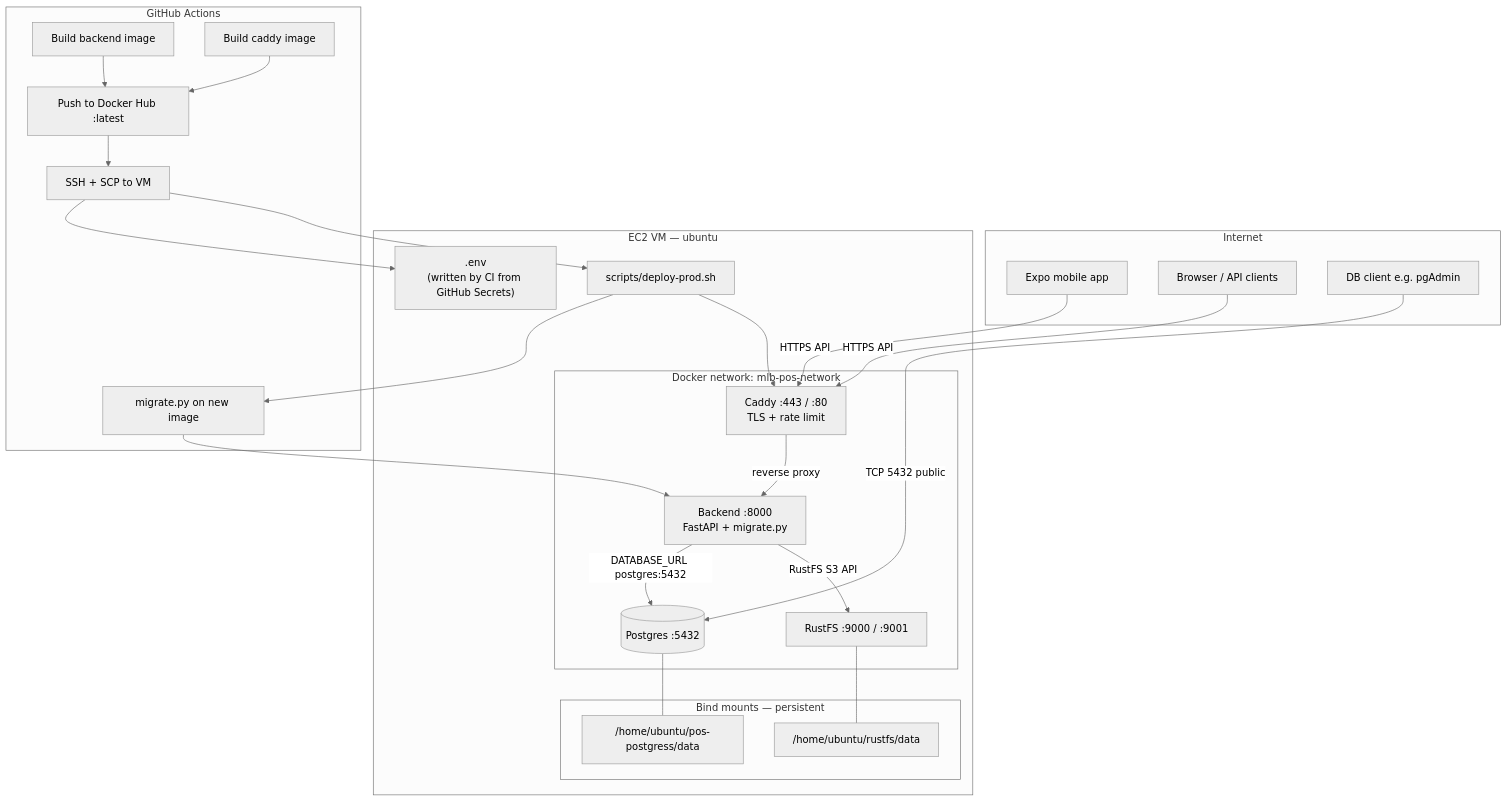
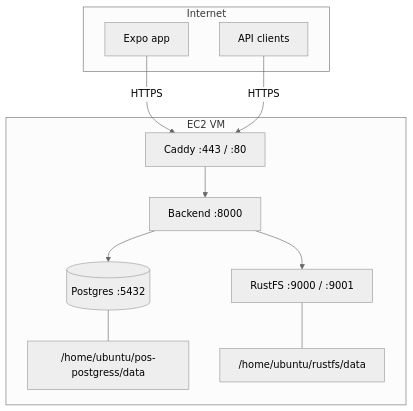
One commit to durozen-technologies/Duro_POS changed the second of 2 diagrams in README.md. Above: the diagram before and after it, drawn with Mermaid (neutral theme). The commit also changed other lines of this file and 85 other files, not shown here.

First line of the commit message:
Harden schema-per-tenant provisioning, global usernames, and super-admin UX.

````diff
--- a/README.md
+++ b/README.md
@@ -175,52 +191,24 @@
 ```mermaid
 flowchart TB
   subgraph internet [Internet]
-    Mobile[Expo mobile app]
-    Admin[Browser / API clients]
-    DBA[DB client e.g. pgAdmin]
+    Mobile[Expo app]
+    Clients[API clients]
   end
 
-  subgraph ec2 [EC2 VM — ubuntu]
-    subgraph network [Docker network: mlb-pos-network]
-      Caddy[Caddy :443 / :80\nTLS + rate limit]
-      Backend[Backend :8000\nFastAPI + migrate.py]
-      Postgres[(Postgres :5432)]
-      RustFS[RustFS :9000 / :9001]
-    end
-
-    subgraph host_mounts [Bind mounts — persistent]
-      PGData["/home/ubuntu/pos-postgress/data"]
-      RFData["/home/ubuntu/rustfs/data"]
-    end
-
-    EnvFile[".env\n(written by CI from GitHub Secrets)"]
-    DeployScript["scripts/deploy-prod.sh"]
+  subgraph ec2 [EC2 VM]
+    Caddy[Caddy :443 / :80]
+    Backend[Backend :8000]
+    Postgres[(Postgres :5432)]
+    RustFS[RustFS :9000 / :9001]
+    PGData["/home/ubuntu/pos-postgress/data"]
+    RFData["/home/ubuntu/rustfs/data"]
   end
 
-  subgraph cicd [GitHub Actions]
-    BuildBE[Build backend image]
-    BuildCaddy[Build caddy image]
-    Push[Push to Docker Hub :latest]
-    SSHDeploy[SSH + SCP to VM]
-    Migrate[migrate.py on new image]
-  end
-
-  Mobile -->|HTTPS API| Caddy
-  Admin -->|HTTPS API| Caddy
-  Caddy -->|reverse proxy| Backend
-  Backend -->|DATABASE_URL postgres:5432| Postgres
-  Backend -->|RustFS S3 API| RustFS
-  DBA -->|TCP 5432 public| Postgres
-
+  Mobile -->|HTTPS| Caddy
+  Clients -->|HTTPS| Caddy
+  Caddy --> Backend
+  Backend --> Postgres
+  Backend --> RustFS
   Postgres --- PGData
   RustFS --- RFData
-
-  BuildBE --> Push
-  BuildCaddy --> Push
-  Push --> SSHDeploy
-  SSHDeploy --> EnvFile
-  SSHDeploy --> DeployScript
-  DeployScript --> Migrate
-  Migrate --> Backend
-  DeployScript --> Caddy
 ```
````
